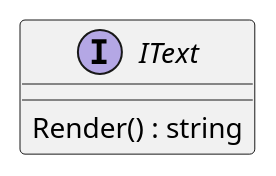
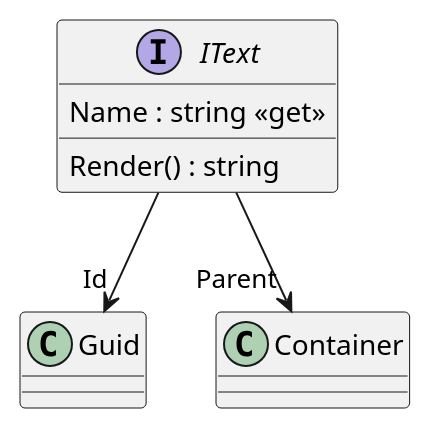
One commit to anatolii-dotsenko/Optima_OOP changed the diagram in Diagrams/AutoGeneratedModel/Text/IText.puml. Above: the diagram before and after it, drawn with PlantUML. The commit also changed 54 other files, not shown here.

```diff
--- a/Diagrams/AutoGeneratedModel/Text/IText.puml
+++ b/Diagrams/AutoGeneratedModel/Text/IText.puml
@@ -1,5 +1,8 @@
 @startuml
 interface IText {
+    Name : string <<get>>
     Render() : string
 }
+IText --> "Id" Guid
+IText --> "Parent" Container
 @enduml
```
